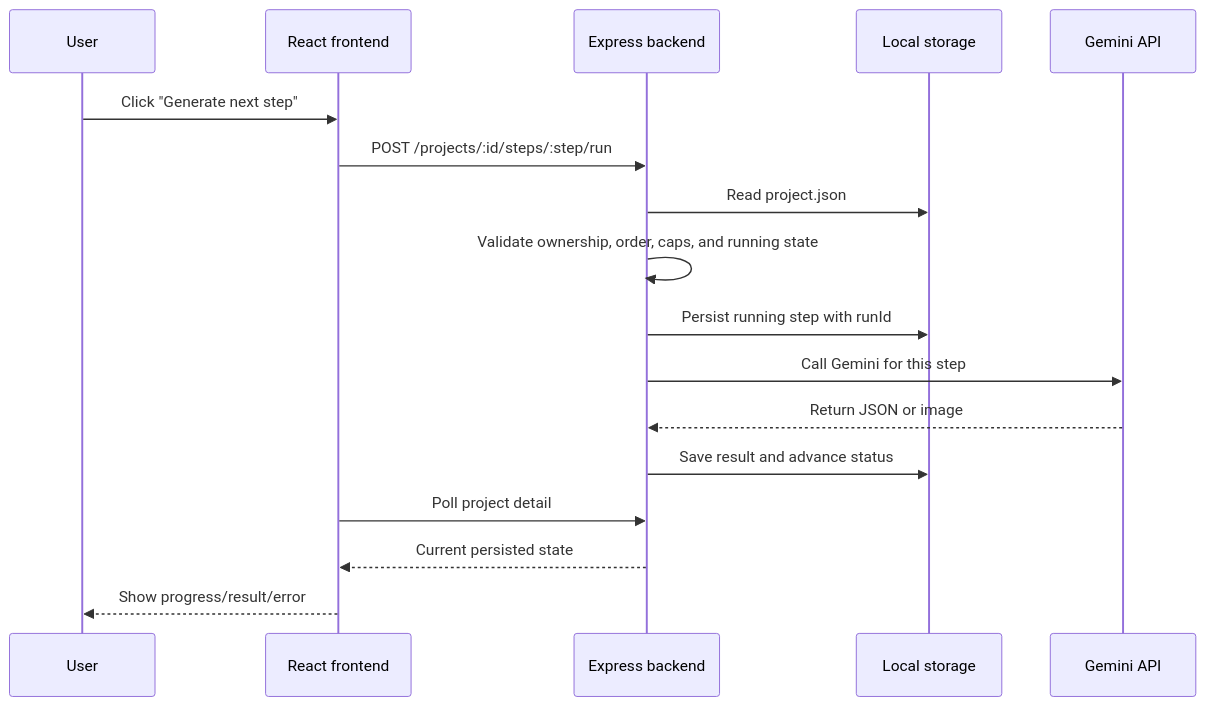
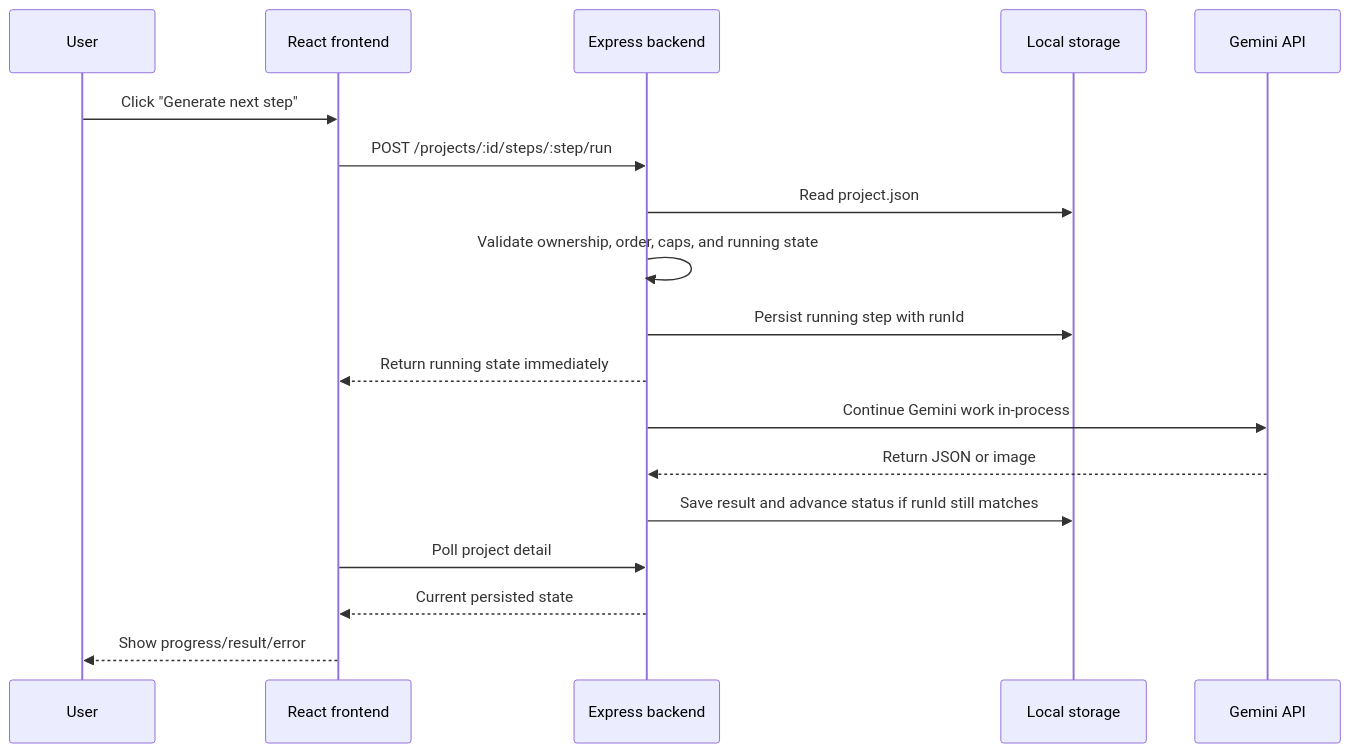
The third of 3 diagrams in docs/architecture.md (Sangquangnqs/book-illustrator), drawn with Mermaid before and after one commit. The commit also changed other lines of this file and 5 other files, not shown here.

````diff
--- a/docs/architecture.md
+++ b/docs/architecture.md
@@ -72,20 +72,21 @@
 ```mermaid
 sequenceDiagram
   participant U as User
   participant FE as React frontend
   participant BE as Express backend
   participant FS as Local storage
   participant G as Gemini API
 
   U->>FE: Click "Generate next step"
   FE->>BE: POST /projects/:id/steps/:step/run
   BE->>FS: Read project.json
   BE->>BE: Validate ownership, order, caps, and running state
   BE->>FS: Persist running step with runId
-  BE->>G: Call Gemini for this step
+  BE-->>FE: Return running state immediately
+  BE->>G: Continue Gemini work in-process
   G-->>BE: Return JSON or image
-  BE->>FS: Save result and advance status
+  BE->>FS: Save result and advance status if runId still matches
   FE->>BE: Poll project detail
   BE-->>FE: Current persisted state
   FE-->>U: Show progress/result/error
 ```
````
